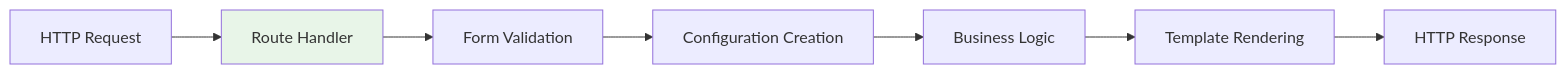
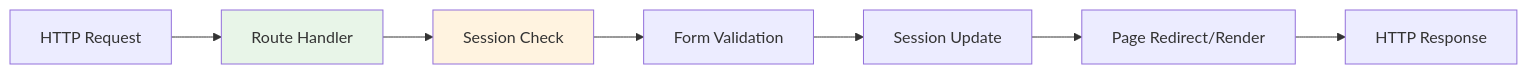
One commit to c0ld-w4ter/you-fm changed the third of 6 diagrams in TECHNICAL_DESIGN.md. Above: the diagram before and after it, drawn with Mermaid. The commit also changed other lines of this file and 1 other file, not shown here.

````diff
--- a/TECHNICAL_DESIGN.md
+++ b/TECHNICAL_DESIGN.md
@@ -181,11 +190,12 @@
 ```mermaid
 graph LR
     A[HTTP Request] --> B[Route Handler]
-    B --> C[Form Validation]
-    C --> D[Configuration Creation]
-    D --> E[Business Logic]
-    E --> F[Template Rendering]
+    B --> C[Session Check]
+    C --> D[Form Validation]
+    D --> E[Session Update]
+    E --> F[Page Redirect/Render]
     F --> G[HTTP Response]
     
     style B fill:#e8f5e8
+    style C fill:#fff3e0
 ```
````
